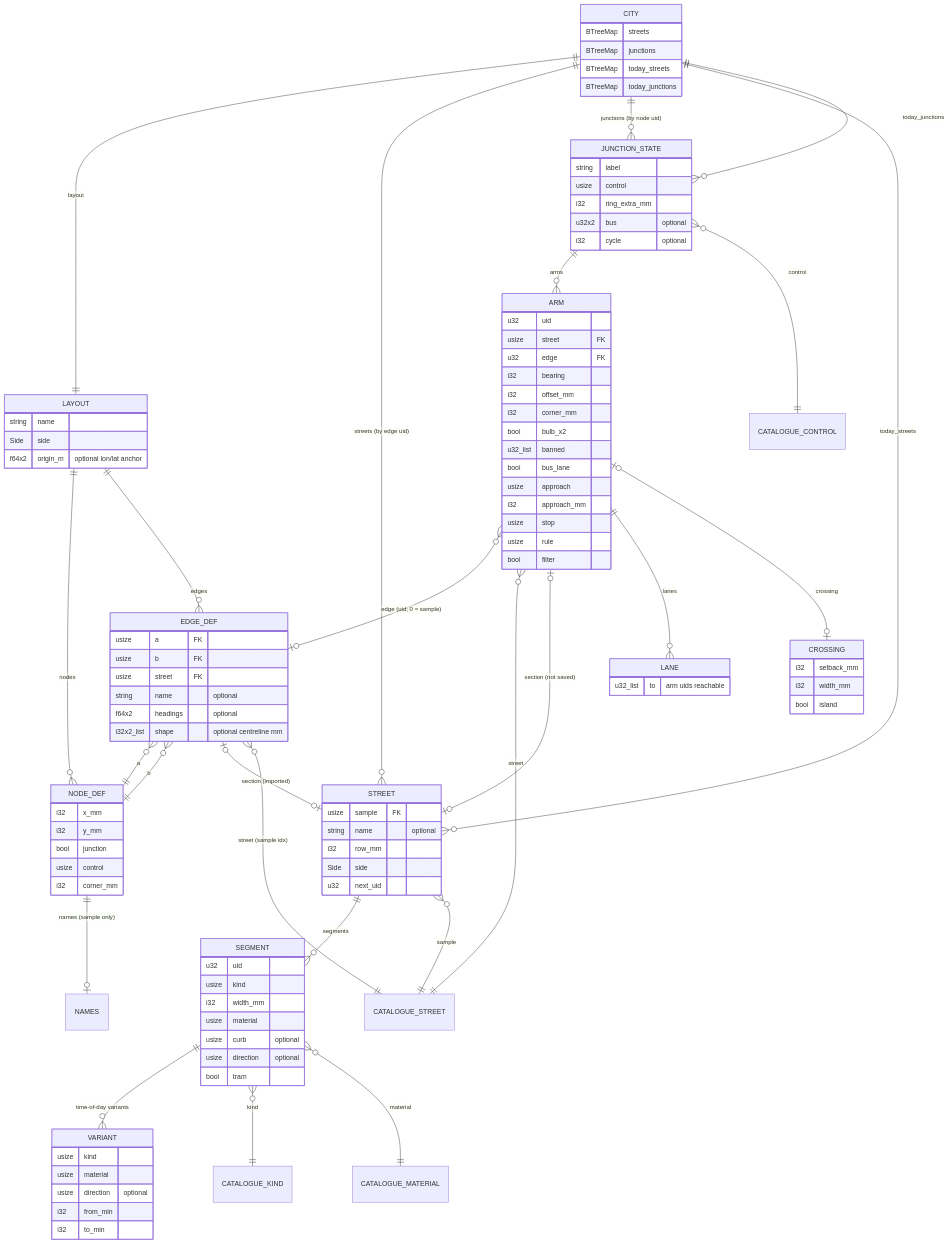
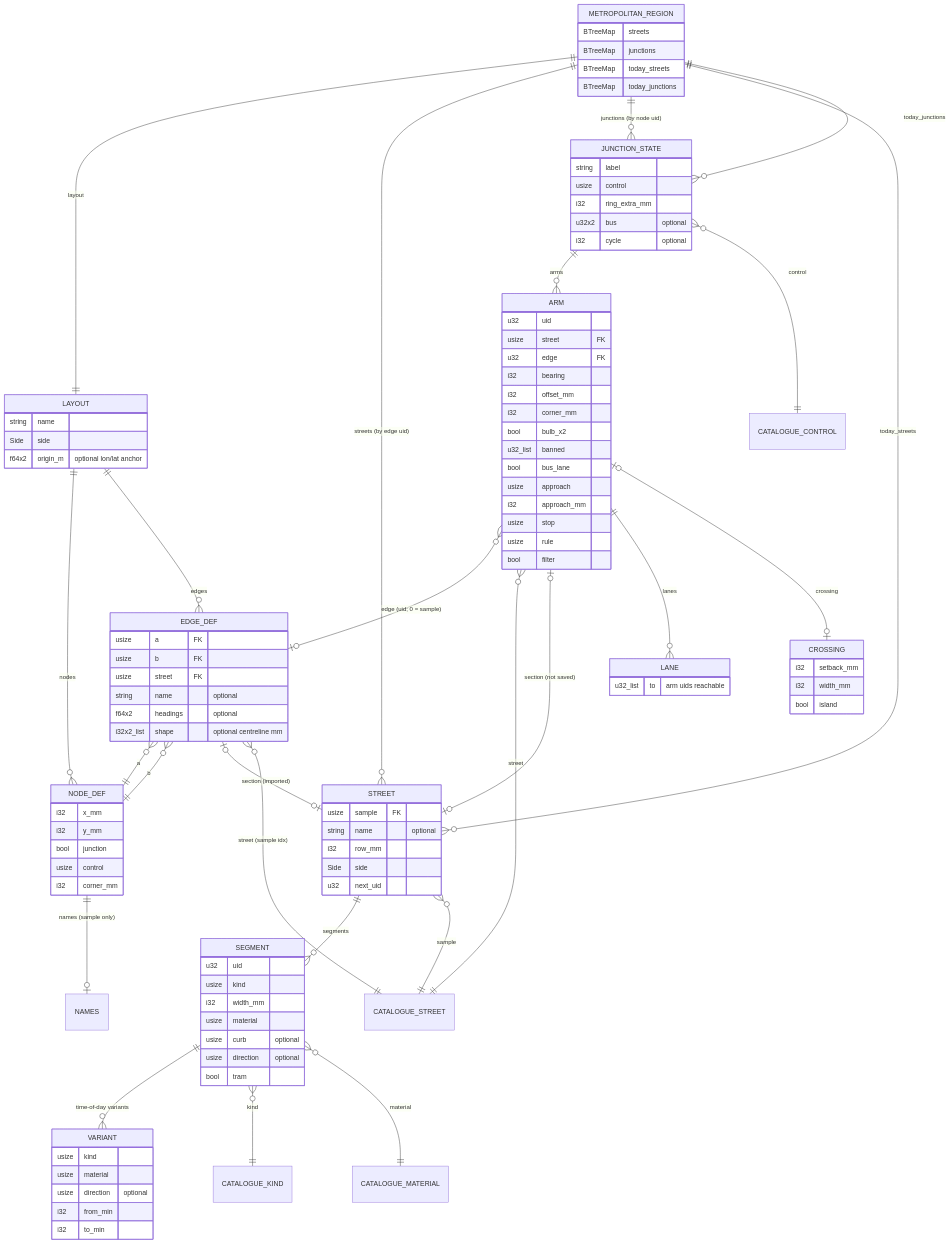
One commit to alandovskis/cityloom changed the diagram in docs/erd.mmd. Above: the diagram before and after it, drawn with Mermaid. The commit also changed 2 other files, not shown here.

Commit message:
docs(erd): call the city entity METROPOLITAN_REGION

```diff
--- a/docs/erd.mmd
+++ b/docs/erd.mmd
@@ -1,109 +1,109 @@
 erDiagram
-    CITY ||--|| LAYOUT : "layout"
-    CITY ||--o{ STREET : "streets (by edge uid)"
-    CITY ||--o{ JUNCTION_STATE : "junctions (by node uid)"
-    CITY ||--o{ STREET : "today_streets"
-    CITY ||--o{ JUNCTION_STATE : "today_junctions"
+    METROPOLITAN_REGION ||--|| LAYOUT : "layout"
+    METROPOLITAN_REGION ||--o{ STREET : "streets (by edge uid)"
+    METROPOLITAN_REGION ||--o{ JUNCTION_STATE : "junctions (by node uid)"
+    METROPOLITAN_REGION ||--o{ STREET : "today_streets"
+    METROPOLITAN_REGION ||--o{ JUNCTION_STATE : "today_junctions"
 
     LAYOUT ||--o{ NODE_DEF : nodes
     LAYOUT ||--o{ EDGE_DEF : edges
     NODE_DEF ||--o| NAMES : "names (sample only)"
     EDGE_DEF }o--|| NODE_DEF : "a"
     EDGE_DEF }o--|| NODE_DEF : "b"
     EDGE_DEF |o--o| STREET : "section (imported)"
     EDGE_DEF }o--|| CATALOGUE_STREET : "street (sample idx)"
 
     STREET ||--o{ SEGMENT : segments
     STREET }o--|| CATALOGUE_STREET : "sample"
     SEGMENT ||--o{ VARIANT : "time-of-day variants"
     SEGMENT }o--|| CATALOGUE_KIND : kind
     SEGMENT }o--|| CATALOGUE_MATERIAL : material
 
     JUNCTION_STATE ||--o{ ARM : arms
     JUNCTION_STATE }o--|| CATALOGUE_CONTROL : control
     ARM }o--o| EDGE_DEF : "edge (uid; 0 = sample)"
     ARM }o--|| CATALOGUE_STREET : "street"
     ARM |o--o| STREET : "section (not saved)"
     ARM ||--o{ LANE : lanes
     ARM |o--o| CROSSING : crossing
 
-    CITY {
+    METROPOLITAN_REGION {
         BTreeMap streets
         BTreeMap junctions
         BTreeMap today_streets
         BTreeMap today_junctions
     }
     LAYOUT {
         string name
         Side side
         f64x2 origin_m "optional lon/lat anchor"
     }
     NODE_DEF {
         i32 x_mm
         i32 y_mm
         bool junction
         usize control
         i32 corner_mm
     }
     EDGE_DEF {
         usize a FK
         usize b FK
         usize street FK
         string name "optional"
         f64x2 headings "optional"
         i32x2_list shape "optional centreline mm"
     }
     STREET {
         usize sample FK
         string name "optional"
         i32 row_mm
         Side side
         u32 next_uid
     }
     SEGMENT {
         u32 uid
         usize kind
         i32 width_mm
         usize material
         usize curb "optional"
         usize direction "optional"
         bool tram
     }
     VARIANT {
         usize kind
         usize material
         usize direction "optional"
         i32 from_min
         i32 to_min
     }
     JUNCTION_STATE {
         string label
         usize control
         i32 ring_extra_mm
         u32x2 bus "optional"
         i32 cycle "optional"
     }
     ARM {
         u32 uid
         usize street FK
         u32 edge FK
         i32 bearing
         i32 offset_mm
         i32 corner_mm
         bool bulb_x2
         u32_list banned
         bool bus_lane
         usize approach
         i32 approach_mm
         usize stop
         usize rule
         bool filter
     }
     LANE {
         u32_list to "arm uids reachable"
     }
     CROSSING {
         i32 setback_mm
         i32 width_mm
         bool island
     }
```
